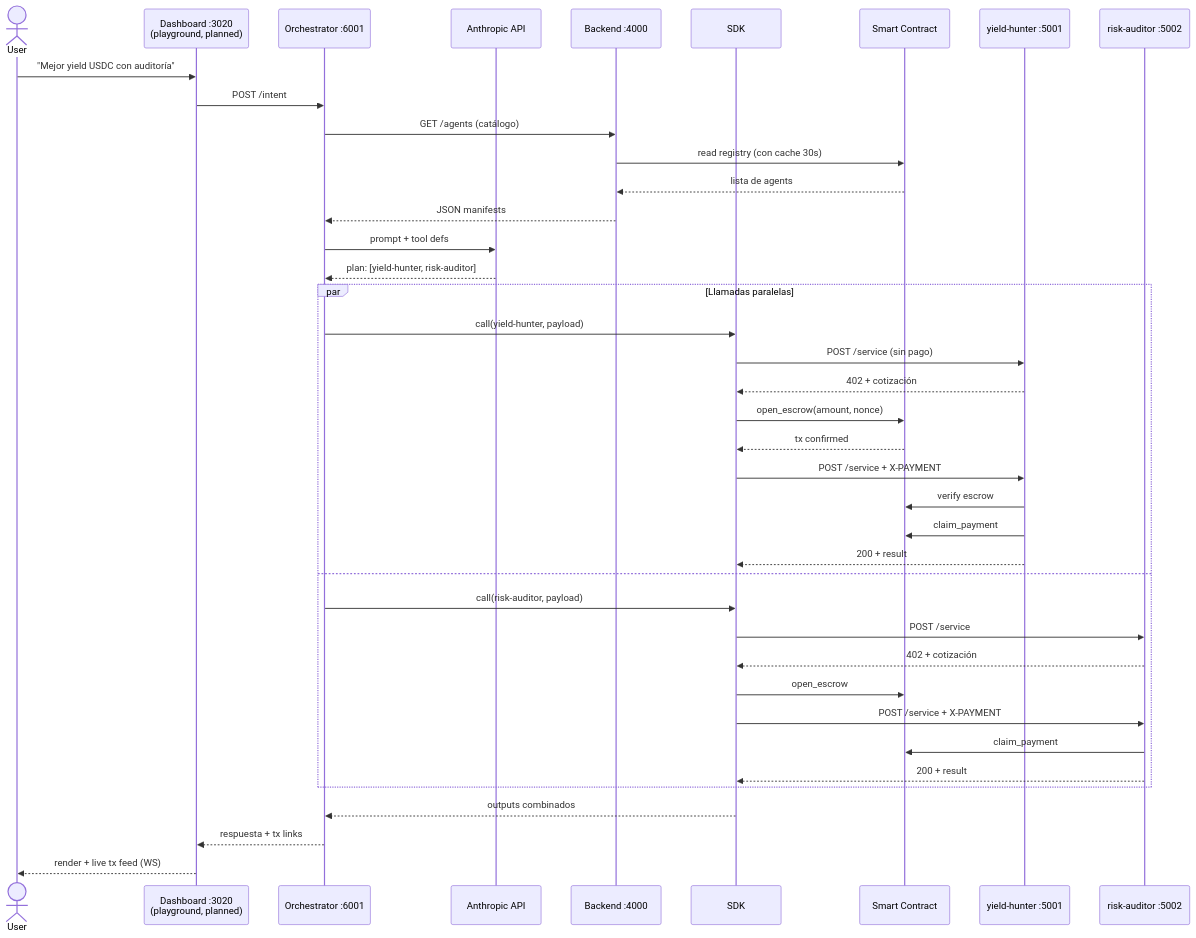
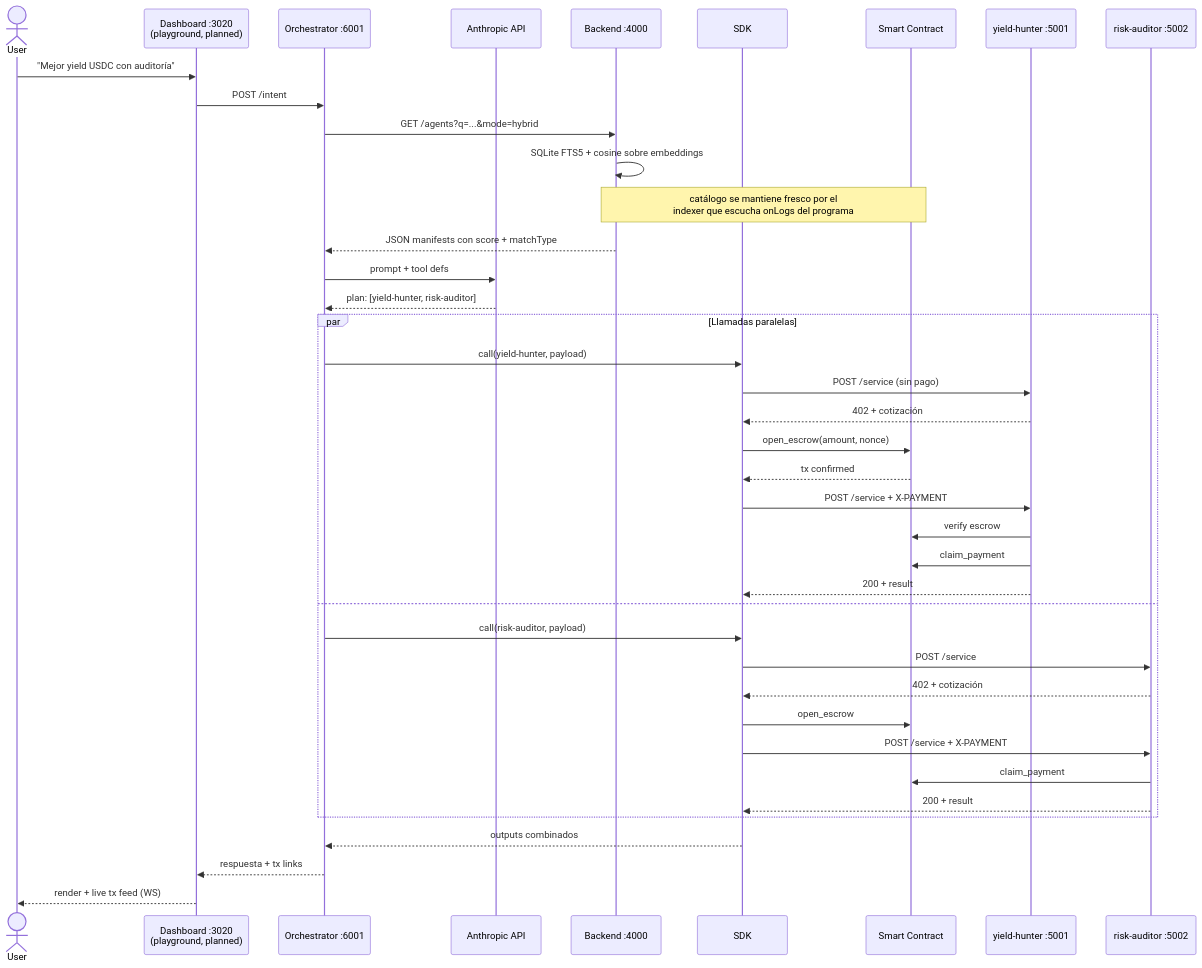
The sixth of 11 diagrams in docs/architecture.md (CoKeFish/kiba), drawn with Mermaid before and after one commit. The commit also changed other lines of this file, not shown here.

First line of the commit message:
docs(architecture): reflect on-chain deploy + hybrid discovery + new toolchain

````diff
--- a/docs/architecture.md
+++ b/docs/architecture.md
@@ -271,46 +278,46 @@
 ```mermaid
 sequenceDiagram
     actor User
     participant DASH as Dashboard :3020<br/>(playground, planned)
     participant ORCH as Orchestrator :6001
     participant LLM as Anthropic API
     participant BE as Backend :4000
     participant SDK as SDK
     participant SC as Smart Contract
     participant A1 as yield-hunter :5001
     participant A2 as risk-auditor :5002
 
     User->>DASH: "Mejor yield USDC con auditoría"
     DASH->>ORCH: POST /intent
-    ORCH->>BE: GET /agents (catálogo)
-    BE->>SC: read registry (con cache 30s)
-    SC-->>BE: lista de agents
-    BE-->>ORCH: JSON manifests
+    ORCH->>BE: GET /agents?q=...&mode=hybrid
+    BE->>BE: SQLite FTS5 + cosine sobre embeddings
+    Note over BE,SC: catálogo se mantiene fresco por el<br/>indexer que escucha onLogs del programa
+    BE-->>ORCH: JSON manifests con score + matchType
 
     ORCH->>LLM: prompt + tool defs
     LLM-->>ORCH: plan: [yield-hunter, risk-auditor]
 
     par Llamadas paralelas
         ORCH->>SDK: call(yield-hunter, payload)
         SDK->>A1: POST /service (sin pago)
         A1-->>SDK: 402 + cotización
         SDK->>SC: open_escrow(amount, nonce)
         SC-->>SDK: tx confirmed
         SDK->>A1: POST /service + X-PAYMENT
         A1->>SC: verify escrow
         A1->>SC: claim_payment
         A1-->>SDK: 200 + result
     and
         ORCH->>SDK: call(risk-auditor, payload)
         SDK->>A2: POST /service
         A2-->>SDK: 402 + cotización
         SDK->>SC: open_escrow
         SDK->>A2: POST /service + X-PAYMENT
         A2->>SC: claim_payment
         A2-->>SDK: 200 + result
     end
 
     SDK-->>ORCH: outputs combinados
     ORCH-->>DASH: respuesta + tx links
     DASH-->>User: render + live tx feed (WS)
 ```
````
